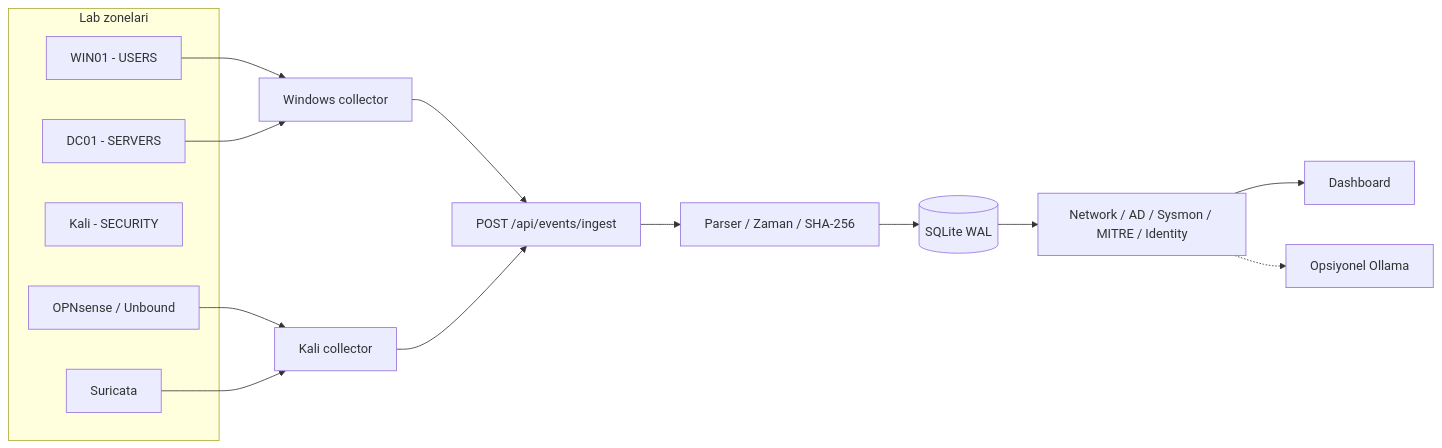
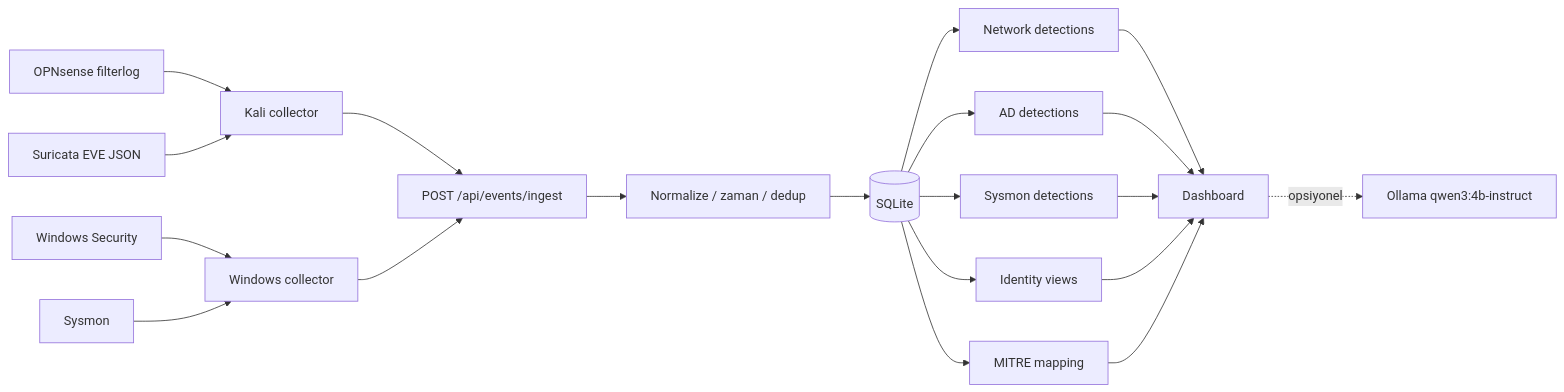
Before and after one commit to mahirkau1/AEGIS-SOC: the diagram in README.tr.md, drawn with Mermaid. The commit also changed other lines of this file and 13 other files, not shown here.

````diff
--- a/README.tr.md
+++ b/README.tr.md
@@ -19,21 +108,22 @@
 ```mermaid
 flowchart LR
-  subgraph ZONES[Lab zonelari]
-    WIN[WIN01 - USERS]
-    DC[DC01 - SERVERS]
-    KALI[Kali - SECURITY]
-    FW[OPNsense / Unbound]
-    IDS[Suricata]
-  end
-  WIN --> WC[Windows collector]
-  DC --> WC
-  FW --> KC[Kali collector]
-  IDS --> KC
-  WC --> API[POST /api/events/ingest]
-  KC --> API
-  API --> P[Parser / Zaman / SHA-256]
-  P --> DB[(SQLite WAL)]
-  DB --> ENGINE[Network / AD / Sysmon / MITRE / Identity]
-  ENGINE --> UI[Dashboard]
-  ENGINE -.-> AI[Opsiyonel Ollama]
+    A[OPNsense filterlog] --> C[Kali collector]
+    B[Suricata EVE JSON] --> C
+    D[Windows Security] --> E[Windows collector]
+    F[Sysmon] --> E
+    C --> G[POST /api/events/ingest]
+    E --> G
+    G --> H[Normalize / zaman / dedup]
+    H --> I[(SQLite)]
+    I --> J[Network detections]
+    I --> K[AD detections]
+    I --> L[Sysmon detections]
+    I --> M[Identity views]
+    I --> N[MITRE mapping]
+    J --> O[Dashboard]
+    K --> O
+    L --> O
+    M --> O
+    N --> O
+    O -. opsiyonel .-> P[Ollama qwen3:4b-instruct]
 ```
````
